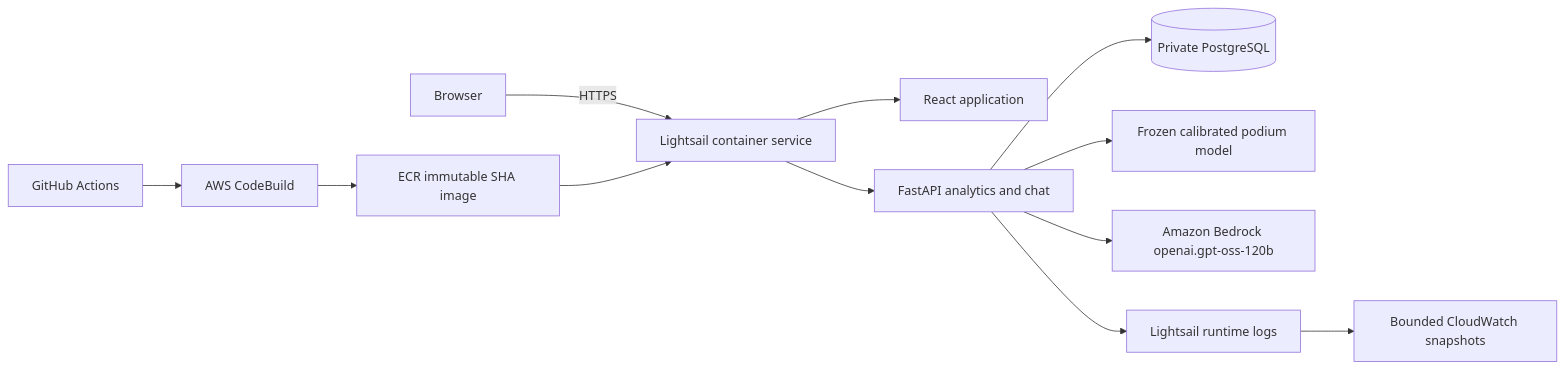
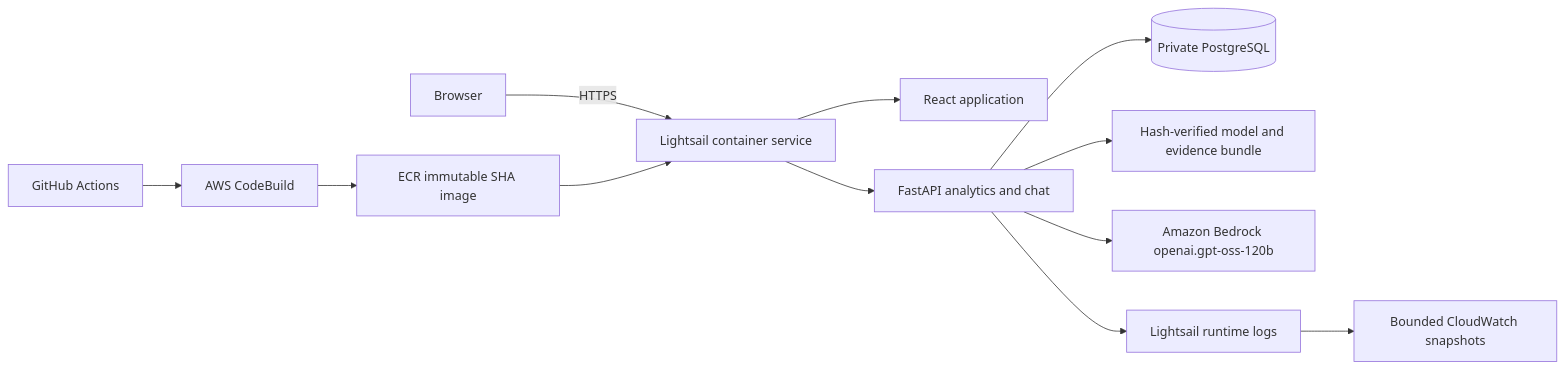
One commit to rayyanpasha89/F1 changed the diagram in docs/architecture.md. Above: the diagram before and after it, drawn with Mermaid. The commit also changed other lines of this file and 10 other files, not shown here.

````diff
--- a/docs/architecture.md
+++ b/docs/architecture.md
@@ -7,14 +7,14 @@
 ```mermaid
 flowchart LR
     U[Browser] -->|HTTPS| L[Lightsail container service]
     L --> R[React application]
     L --> A[FastAPI analytics and chat]
     A --> P[(Private PostgreSQL)]
-    A --> M[Frozen calibrated podium model]
+    A --> M[Hash-verified model and evidence bundle]
     A --> B[Amazon Bedrock openai.gpt-oss-120b]
     A --> O[Lightsail runtime logs]
     O --> C[Bounded CloudWatch snapshots]
     G[GitHub Actions] --> CB[AWS CodeBuild]
     CB --> E[ECR immutable SHA image]
     E --> L
 ```
````
